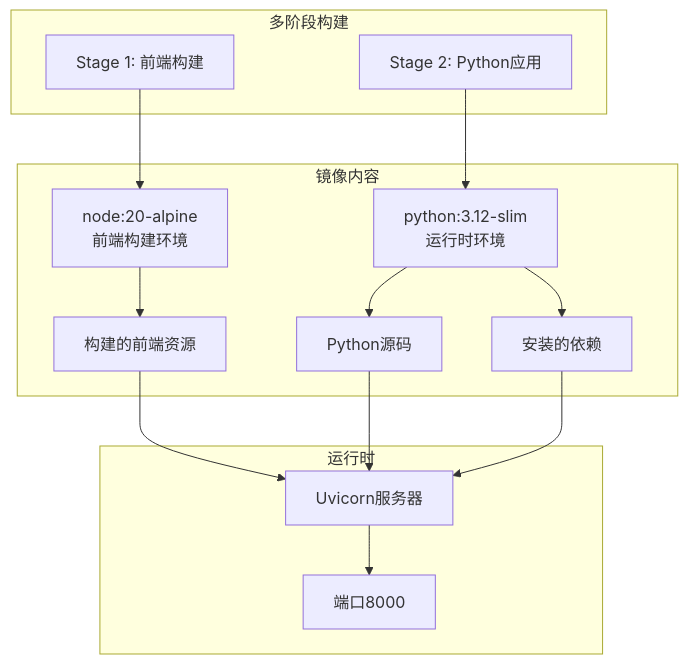
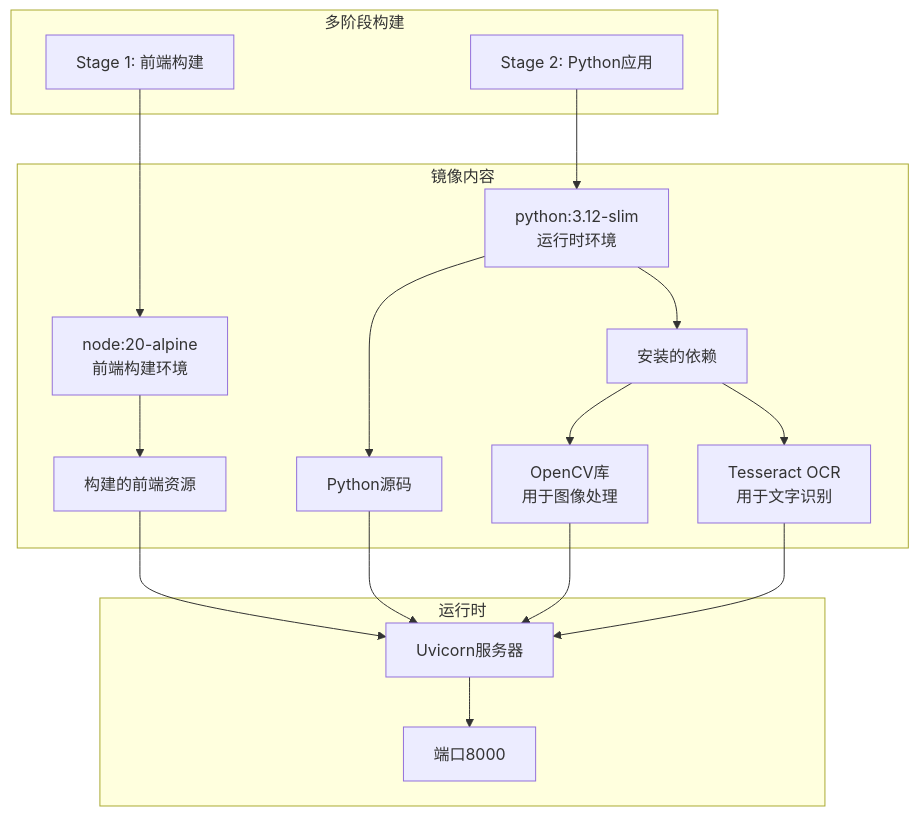
Diagram 12 of 12 in .qoder/repowiki/zh/content/项目结构/Web API接口.md (SimonWHL/math-learning), drawn with Mermaid before and after one commit. The commit also changed other lines of this file and 17 other files, not shown here.

````diff
--- a/.qoder/repowiki/zh/content/项目结构/Web API接口.md
+++ b/.qoder/repowiki/zh/content/项目结构/Web API接口.md
@@ -411,27 +586,32 @@
 ```mermaid
 graph TB
 subgraph "多阶段构建"
 Stage1[Stage 1: 前端构建]
 Stage2[Stage 2: Python应用]
 end
 subgraph "镜像内容"
 Node[node:20-alpine<br/>前端构建环境]
 Python[python:3.12-slim<br/>运行时环境]
 Frontend[构建的前端资源]
 Backend[Python源码]
 Dependencies[安装的依赖]
+OpenCV[OpenCV库<br/>用于图像处理]
+Tesseract[Tesseract OCR<br/>用于文字识别]
 end
 subgraph "运行时"
 Uvicorn[Uvicorn服务器]
 Port[端口8000]
 end
 Stage1 --> Node
 Stage2 --> Python
 Node --> Frontend
 Python --> Backend
 Python --> Dependencies
+Dependencies --> OpenCV
+Dependencies --> Tesseract
 Frontend --> Uvicorn
 Backend --> Uvicorn
-Dependencies --> Uvicorn
+OpenCV --> Uvicorn
+Tesseract --> Uvicorn
 Uvicorn --> Port
 ```
````
